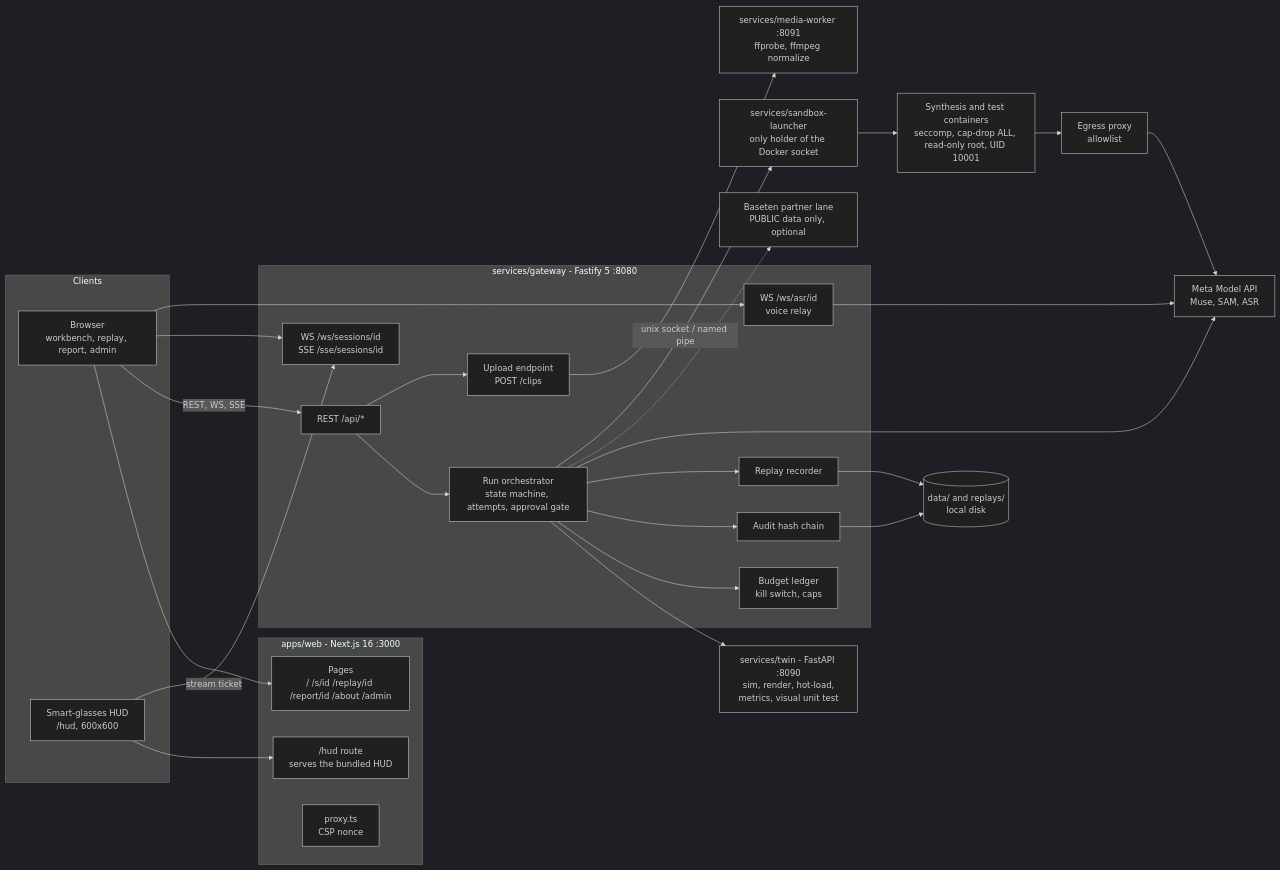
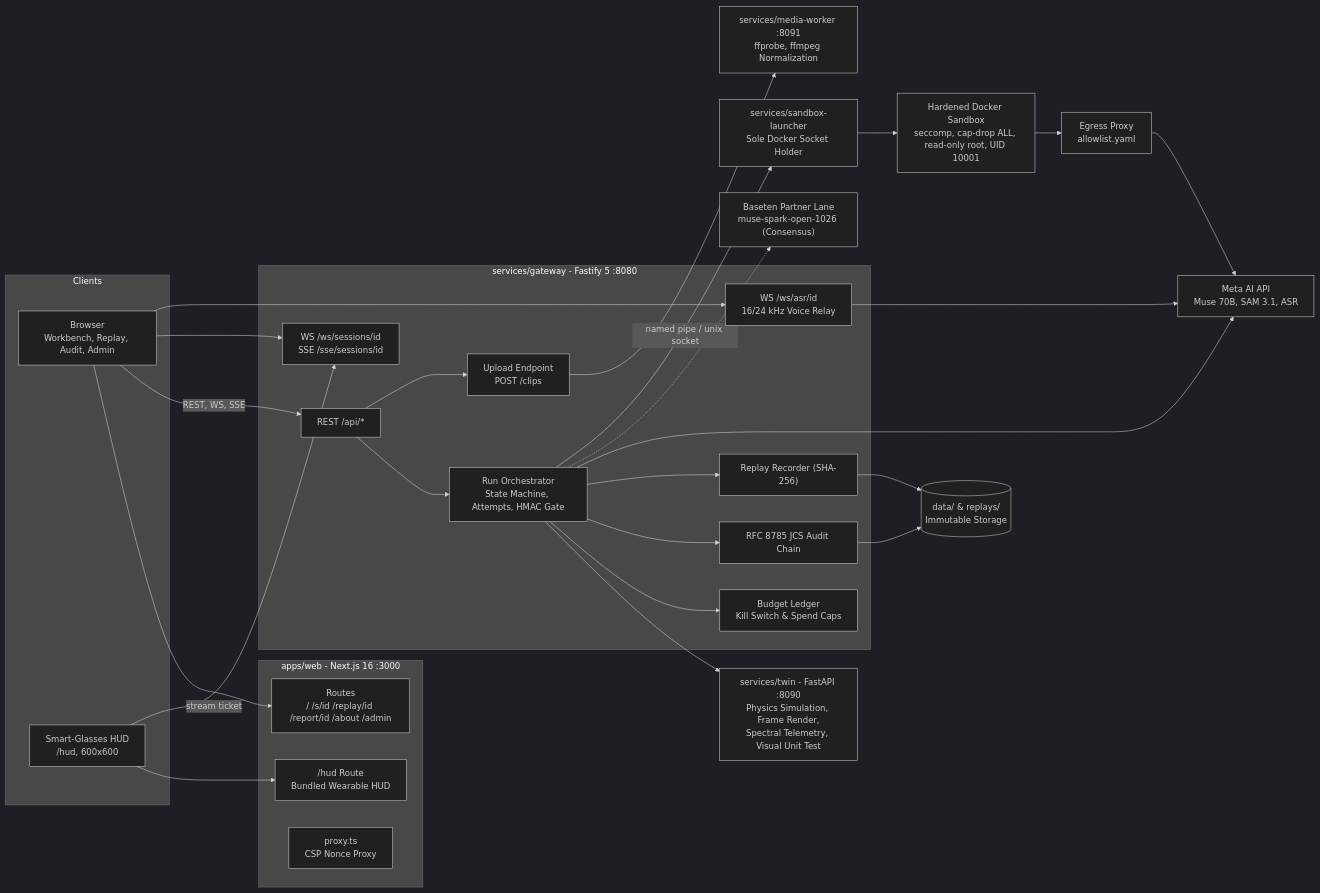
Before and after one commit to BugHunterX2101/chronosight-mcp: the first of 3 diagrams in README.md, drawn with Mermaid (dark theme). The commit also changed other lines of this file, not shown here.

Commit message:
docs: comprehensive architectural overhaul of README for hackathon submission

````diff
--- a/README.md
+++ b/README.md
@@ -45,56 +110,56 @@
 ```mermaid
 flowchart LR
     subgraph clients["Clients"]
-        BR["Browser<br/>workbench, replay, report, admin"]
-        HUD["Smart-glasses HUD<br/>/hud, 600x600"]
+        BR["Browser<br/>Workbench, Replay, Audit, Admin"]
+        HUD["Smart-Glasses HUD<br/>/hud, 600x600"]
     end
 
     subgraph web["apps/web - Next.js 16 :3000"]
-        PAGES["Pages<br/>/ /s/id /replay/id /report/id /about /admin"]
-        HUDB["/hud route<br/>serves the bundled HUD"]
-        PX["proxy.ts<br/>CSP nonce"]
+        PAGES["Routes<br/>/ /s/id /replay/id /report/id /about /admin"]
+        HUDB["/hud Route<br/>Bundled Wearable HUD"]
+        PX["proxy.ts<br/>CSP Nonce Proxy"]
     end
 
     subgraph gw["services/gateway - Fastify 5 :8080"]
         API["REST /api/*"]
         RT["WS /ws/sessions/id<br/>SSE /sse/sessions/id"]
-        ASR["WS /ws/asr/id<br/>voice relay"]
-        ORCH["Run orchestrator<br/>state machine, attempts, approval gate"]
-        LED["Budget ledger<br/>kill switch, caps"]
-        AUD["Audit hash chain"]
-        REC["Replay recorder"]
-        UP["Upload endpoint<br/>POST /clips"]
+        ASR["WS /ws/asr/id<br/>16/24 kHz Voice Relay"]
+        ORCH["Run Orchestrator<br/>State Machine, Attempts, HMAC Gate"]
+        LED["Budget Ledger<br/>Kill Switch & Spend Caps"]
+        AUD["RFC 8785 JCS Audit Chain"]
+        REC["Replay Recorder (SHA-256)"]
+        UP["Upload Endpoint<br/>POST /clips"]
     end
 
-    TWIN["services/twin - FastAPI :8090<br/>sim, render, hot-load,<br/>metrics, visual unit test"]
-    MW["services/media-worker :8091<br/>ffprobe, ffmpeg normalize"]
-    LCH["services/sandbox-launcher<br/>only holder of the Docker socket"]
-    SBX["Synthesis and test containers<br/>seccomp, cap-drop ALL, read-only root, UID 10001"]
-    EGR["Egress proxy<br/>allowlist"]
-    META["Meta Model API<br/>Muse, SAM, ASR"]
-    PART["Baseten partner lane<br/>PUBLIC data only, optional"]
-    DISK[("data/ and replays/<br/>local disk")]
+    TWIN["services/twin - FastAPI :8090<br/>Physics Simulation, Frame Render,<br/>Spectral Telemetry, Visual Unit Test"]
+    MW["services/media-worker :8091<br/>ffprobe, ffmpeg Normalization"]
+    LCH["services/sandbox-launcher<br/>Sole Docker Socket Holder"]
+    SBX["Hardened Docker Sandbox<br/>seccomp, cap-drop ALL, read-only root, UID 10001"]
+    EGR["Egress Proxy<br/>allowlist.yaml"]
+    META["Meta AI API<br/>Muse 70B, SAM 3.1, ASR"]
+    PART["Baseten Partner Lane<br/>muse-spark-open-1026 (Consensus)"]
+    DISK[("data/ & replays/<br/>Immutable Storage")]
 
     BR --> PAGES
     HUD --> HUDB
     BR -->|"REST, WS, SSE"| API
     BR --> RT
     BR --> ASR
     HUD -->|"stream ticket"| RT
     API --> ORCH
     API --> UP
     ORCH --> TWIN
     ORCH --> LED
     ORCH --> AUD
     ORCH --> REC
     UP --> MW
     ORCH --> META
     ORCH -.-> PART
-    ORCH -->|"unix socket / named pipe"| LCH
+    ORCH -->|"named pipe / unix socket"| LCH
     LCH --> SBX
     SBX --> EGR
     EGR --> META
     ASR --> META
     REC --> DISK
     AUD --> DISK
 ```
````
